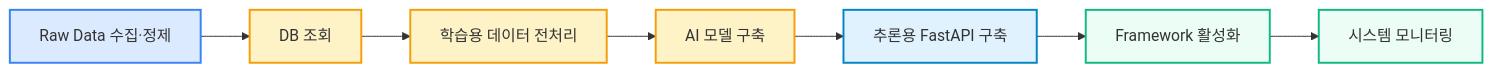
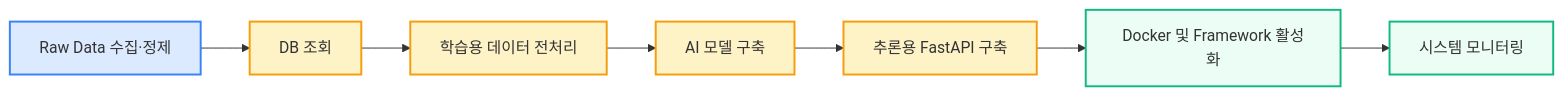
One commit to iureifjdkncd/iureifjdkncd changed the diagram in README.md. Above: the diagram before and after it, drawn with Mermaid. The commit also changed other lines of this file, not shown here.

````diff
--- a/README.md
+++ b/README.md
@@ -65,15 +65,15 @@
 ```mermaid
 flowchart LR
     A[Raw Data 수집·정제]:::dev
     B[DB 조회]:::me
     C[학습용 데이터 전처리]:::me
     D[AI 모델 구축]:::me
-    E[추론용 FastAPI 구축]:::devco
-    F[Framework 활성화]:::meco
+    E[추론용 FastAPI 구축]:::me
+    F[Docker 및 Framework 활성화]:::meco
     G[시스템 모니터링]:::meco
     A --> B --> C --> D --> E --> F --> G
     classDef me fill:#fef3c7,stroke:#f59e0b,stroke-width:2px;
     classDef dev fill:#dbeafe,stroke:#3b82f6,stroke-width:2px;
     classDef devco fill:#e0f2fe,stroke:#0284c7,stroke-width:2px;
     classDef meco fill:#ecfdf5,stroke:#10b981,stroke-width:2px;
 ```
````
